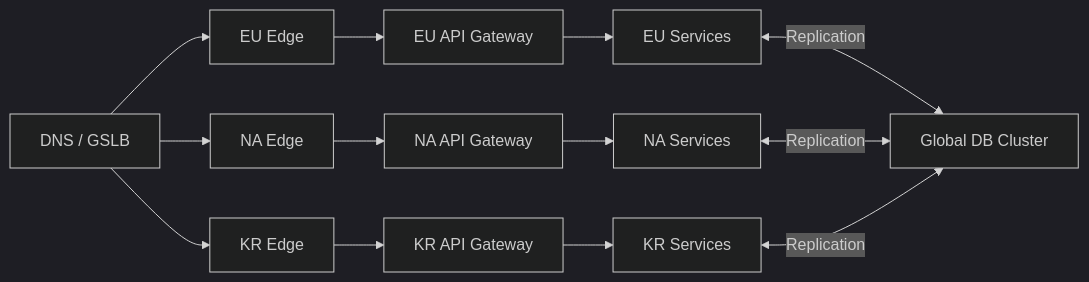
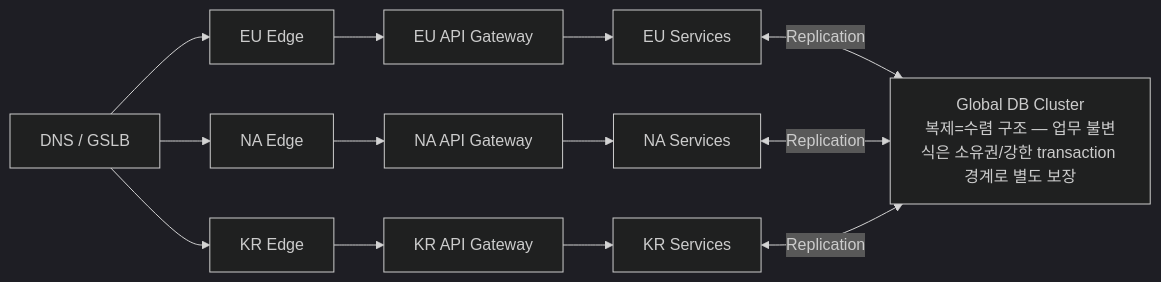
The third of 9 diagrams in live_service/part09_game_server_fleet.md (Rein-ArXiv/game-dev-curriculum), drawn with Mermaid (dark theme) before and after one commit. The commit also changed other lines of this file and 279 other files, not shown here.

````diff
--- a/live_service/part09_game_server_fleet.md
+++ b/live_service/part09_game_server_fleet.md
@@ -126,15 +126,15 @@
 ```mermaid
 flowchart LR
     DNS[DNS / GSLB] --> EU[EU Edge]
     DNS --> NA[NA Edge]
     DNS --> KR[KR Edge]
     EU --> EUAPI[EU API Gateway]
     NA --> NAAPI[NA API Gateway]
     KR --> KRAPI[KR API Gateway]
     EUAPI --> EUSVC[EU Services]
     NAAPI --> NASVC[NA Services]
     KRAPI --> KRSVC[KR Services]
-    EUSVC <-->|Replication| GLOB[Global DB Cluster]
+    EUSVC <-->|Replication| GLOB[Global DB Cluster<br/>복제=수렴 구조 — 업무 불변식은 소유권/강한 transaction 경계로 별도 보장]
     NASVC <-->|Replication| GLOB
     KRSVC <-->|Replication| GLOB
 ```
````
